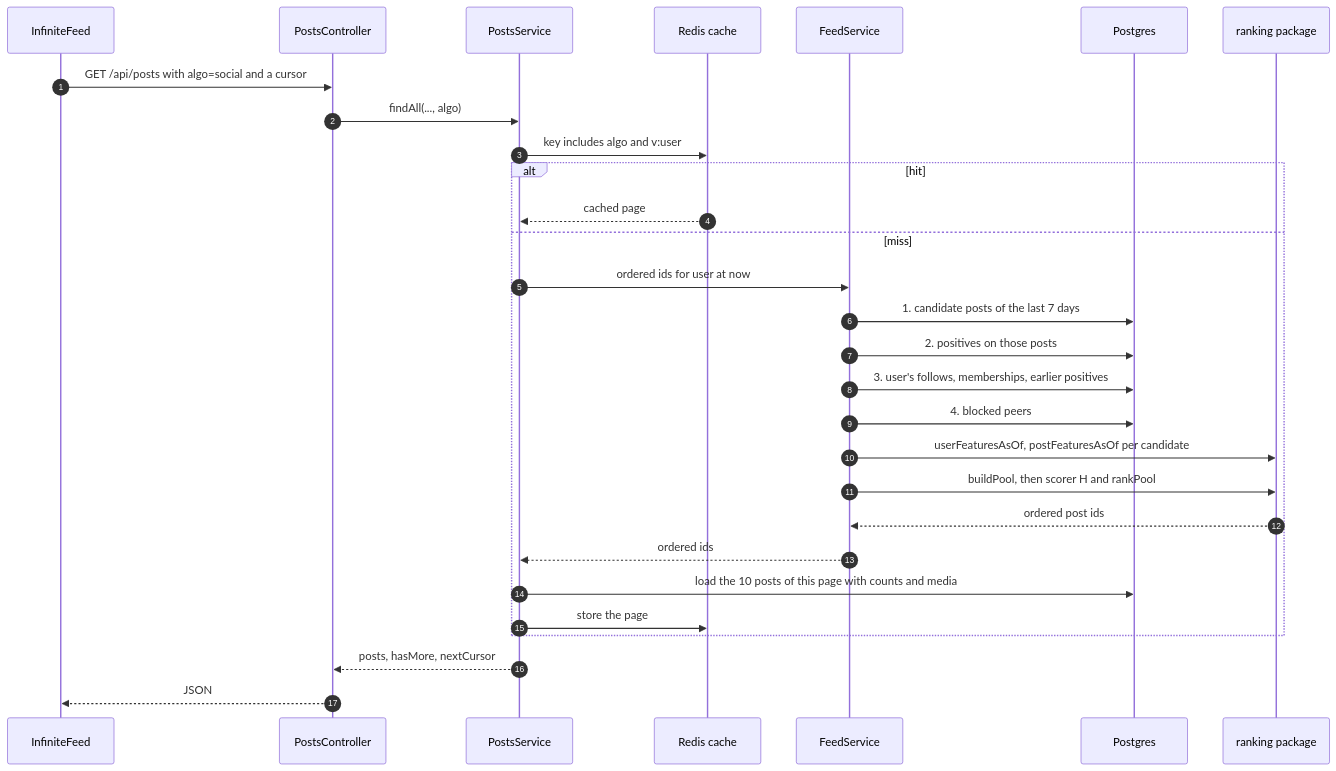
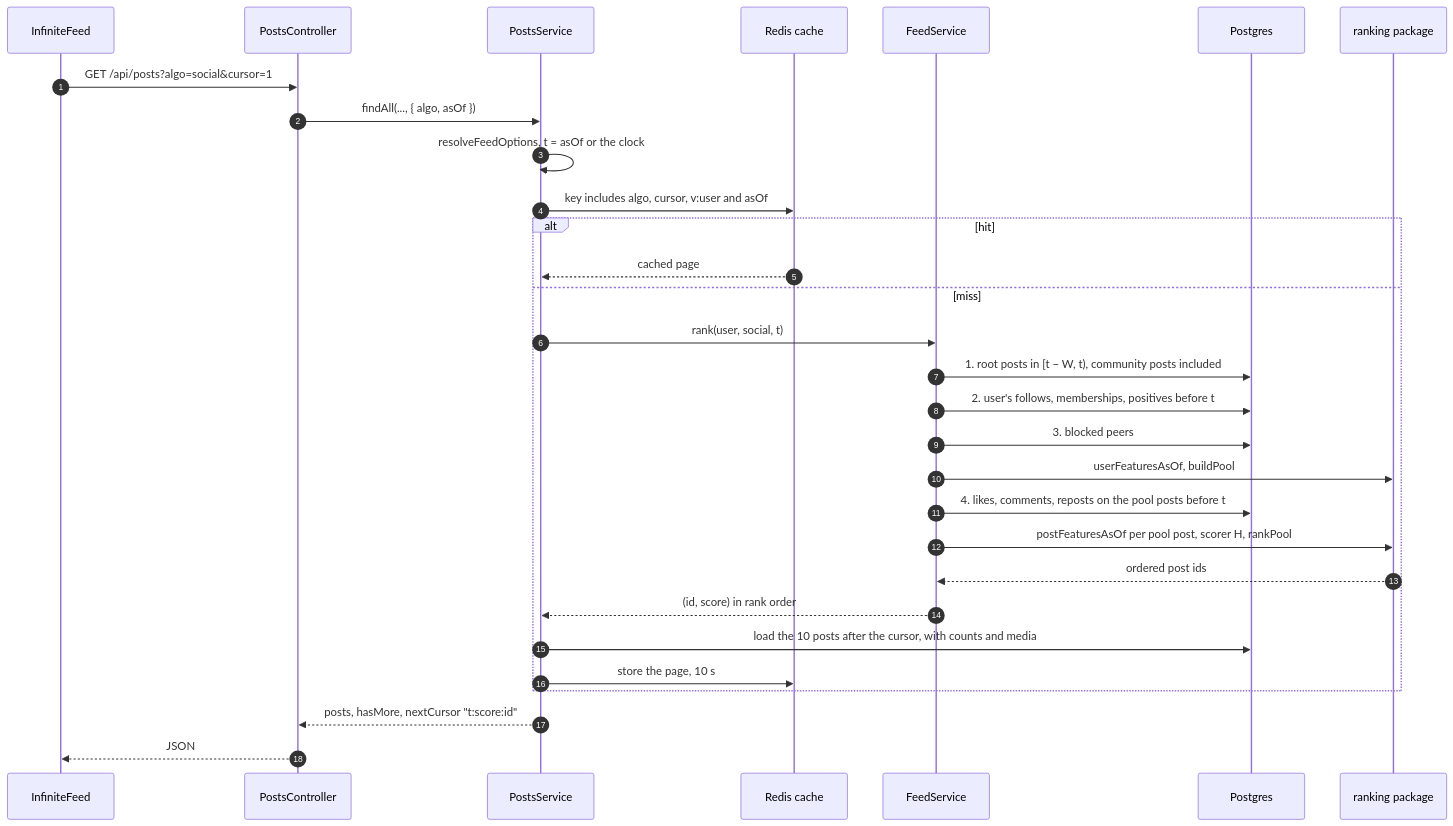
One commit to CaoNgocAnhTuan/Breadit changed the second of 2 diagrams in docs/Guidance-Manual/en/08-system-and-feed.md. Above: the diagram before and after it, drawn with Mermaid. The commit also changed other lines of this file and 15 other files, not shown here.

Commit message:
docs: close p6-social-feed

````diff
--- a/docs/Guidance-Manual/en/08-system-and-feed.md
+++ b/docs/Guidance-Manual/en/08-system-and-feed.md
@@ -108,31 +108,32 @@
 ```mermaid
 sequenceDiagram
     autonumber
     participant UI as InfiniteFeed
     participant C as PostsController
     participant S as PostsService
     participant K as Redis cache
     participant F as FeedService
     participant DB as Postgres
     participant R as ranking package
-    UI->>C: GET /api/posts with algo=social and a cursor
-    C->>S: findAll(..., algo)
-    S->>K: key includes algo and v:user
+    UI->>C: GET /api/posts?algo=social&cursor=1
+    C->>S: findAll(..., { algo, asOf })
+    S->>S: resolveFeedOptions, t = asOf or the clock
+    S->>K: key includes algo, cursor, v:user and asOf
     alt hit
         K-->>S: cached page
     else miss
-        S->>F: ordered ids for user at now
-        F->>DB: 1. candidate posts of the last 7 days
-        F->>DB: 2. positives on those posts
-        F->>DB: 3. user's follows, memberships, earlier positives
-        F->>DB: 4. blocked peers
-        F->>R: userFeaturesAsOf, postFeaturesAsOf per candidate
-        F->>R: buildPool, then scorer H and rankPool
+        S->>F: rank(user, social, t)
+        F->>DB: 1. root posts in [t − W, t), community posts included
+        F->>DB: 2. user's follows, memberships, positives before t
+        F->>DB: 3. blocked peers
+        F->>R: userFeaturesAsOf, buildPool
+        F->>DB: 4. likes, comments, reposts on the pool posts before t
+        F->>R: postFeaturesAsOf per pool post, scorer H, rankPool
         R-->>F: ordered post ids
-        F-->>S: ordered ids
-        S->>DB: load the 10 posts of this page with counts and media
-        S->>K: store the page
+        F-->>S: (id, score) in rank order
+        S->>DB: load the 10 posts after the cursor, with counts and media
+        S->>K: store the page, 10 s
     end
-    S-->>C: posts, hasMore, nextCursor
+    S-->>C: posts, hasMore, nextCursor "t:score:id"
     C-->>UI: JSON
 ```
````
